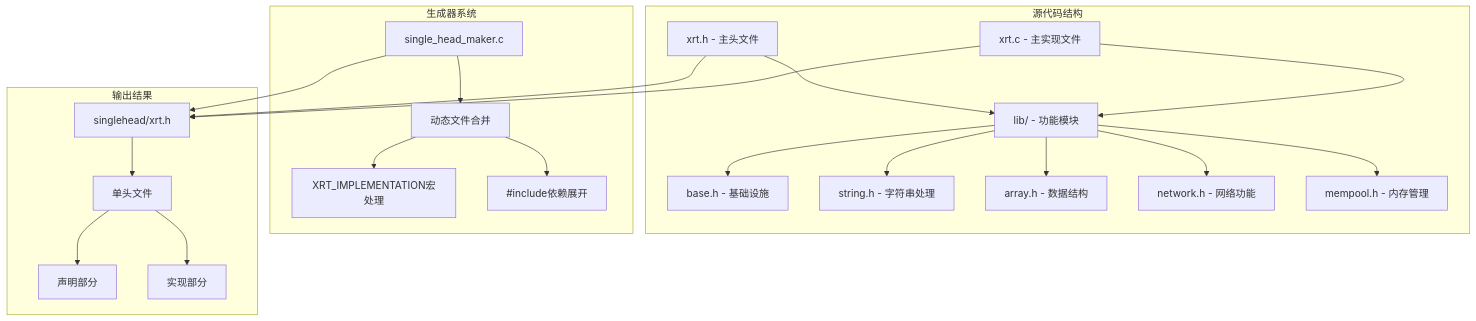
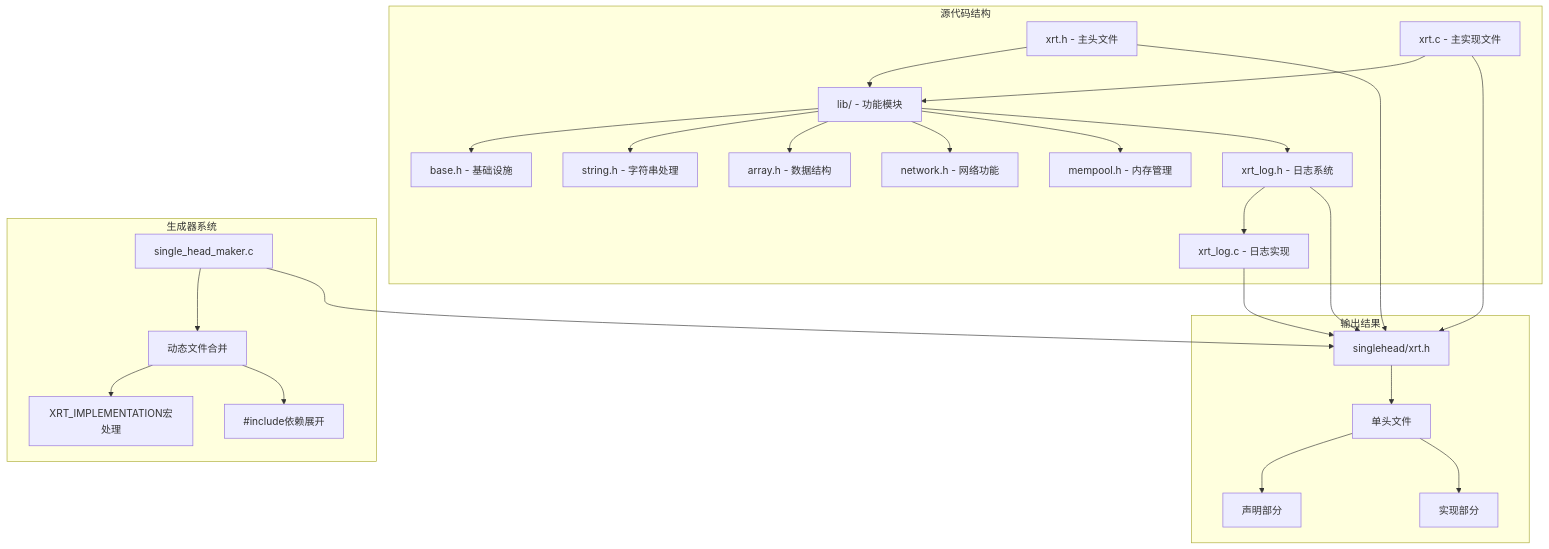
Before and after one commit to xywhsoft/xrt: the first of 9 diagrams in .qoder/repowiki/zh/content/构建与部署/单头文件分发系统.md, drawn with Mermaid. The commit also changed other lines of this file and 18 other files, not shown here.

````diff
--- a/.qoder/repowiki/zh/content/构建与部署/单头文件分发系统.md
+++ b/.qoder/repowiki/zh/content/构建与部署/单头文件分发系统.md
@@ -56,25 +70,29 @@
 ```mermaid
 graph TB
 subgraph "源代码结构"
 A[xrt.h - 主头文件] --> B[lib/ - 功能模块]
 C[xrt.c - 主实现文件] --> B
 B --> D[base.h - 基础设施]
 B --> E[string.h - 字符串处理]
 B --> F[array.h - 数据结构]
 B --> G[network.h - 网络功能]
 B --> H[mempool.h - 内存管理]
+B --> I[xrt_log.h - 日志系统]
+I --> J[xrt_log.c - 日志实现]
 end
 subgraph "生成器系统"
-I[single_head_maker.c] --> J[动态文件合并]
-J --> K[XRT_IMPLEMENTATION宏处理]
-J --> L[#include依赖展开]
+K[single_head_maker.c] --> L[动态文件合并]
+L --> M[XRT_IMPLEMENTATION宏处理]
+L --> N[#include依赖展开]
 end
 subgraph "输出结果"
-M[singlehead/xrt.h] --> N[单头文件]
-N --> O[声明部分]
-N --> P[实现部分]
+O[singlehead/xrt.h] --> P[单头文件]
+P --> Q[声明部分]
+P --> R[实现部分]
 end
-I --> M
-A --> M
-C --> M
+K --> O
+A --> O
+C --> O
+I --> O
+J --> O
 ```
````
